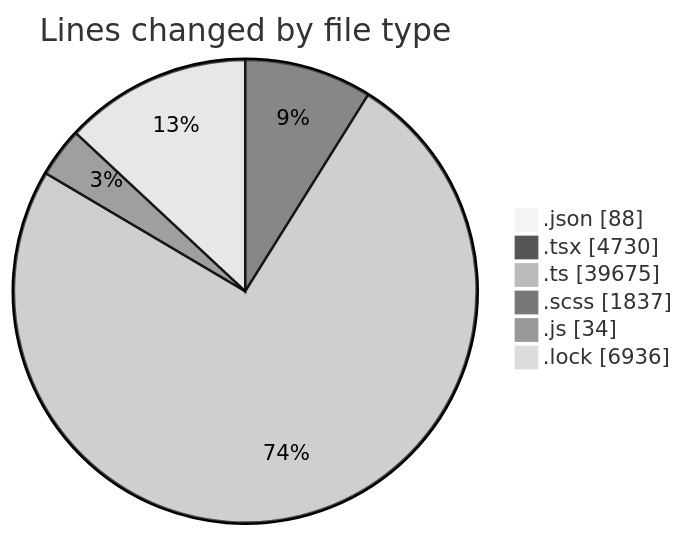
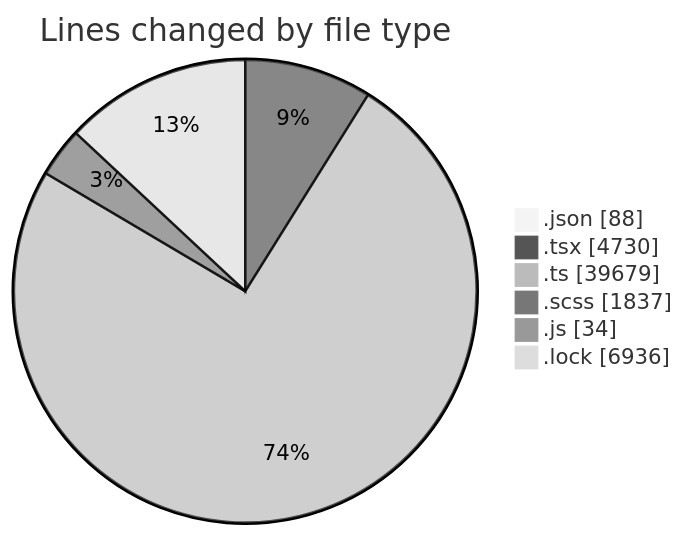
Before and after one commit to momahboobian/code-tracking: the first of 2 diagrams in 2026-10-22/cda/README.md, drawn with Mermaid (neutral theme). The commit also changed other lines of this file and 1 other file, not shown here.

````diff
--- a/2026-10-22/cda/README.md
+++ b/2026-10-22/cda/README.md
@@ -51,10 +51,10 @@
 ```mermaid
 pie showData
 title Lines changed by file type
 ".json" : 88
 ".tsx" : 4730
-".ts" : 39675
+".ts" : 39679
 ".scss" : 1837
 ".js" : 34
 ".lock" : 6936
 ```
````
